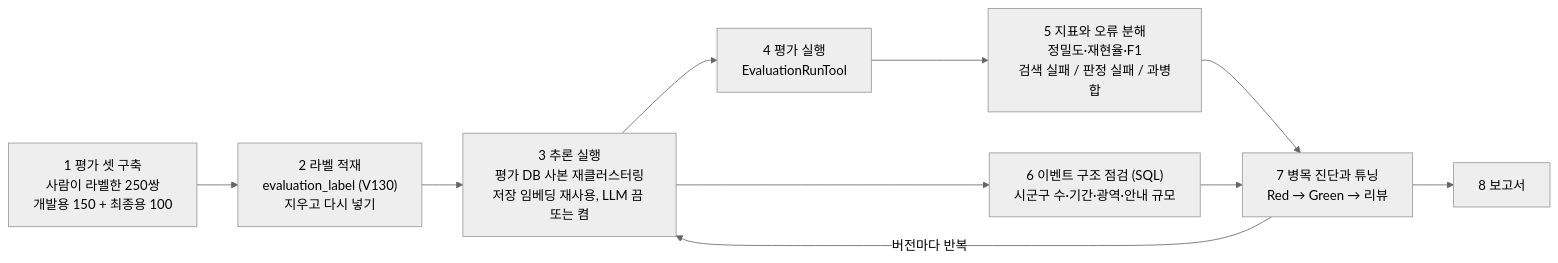
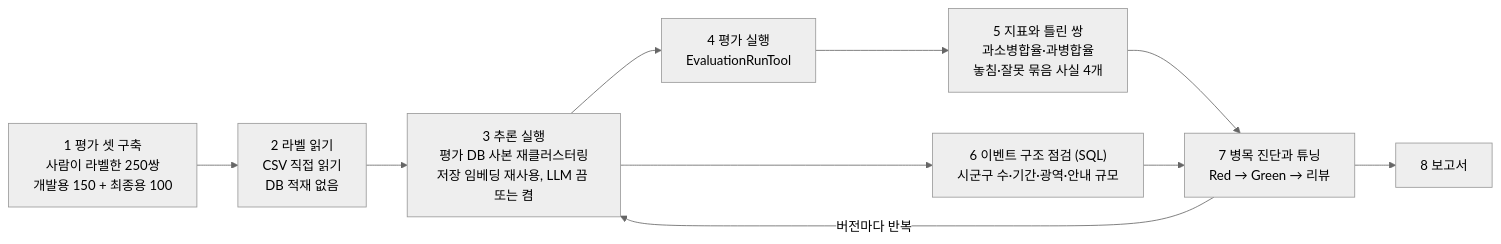
Before and after one commit to lshlsh3690/disaster-alert-archive: the diagram in docs/images/clustering-eval/src/verification-pipeline.mmd, drawn with Mermaid (neutral theme). The commit also changed 3 other files, not shown here.

```diff
--- a/docs/images/clustering-eval/src/verification-pipeline.mmd
+++ b/docs/images/clustering-eval/src/verification-pipeline.mmd
@@ -1,10 +1,10 @@
 flowchart LR
-    S1["1 평가 셋 구축<br/>사람이 라벨한 250쌍<br/>개발용 150 + 최종용 100"] --> S2["2 라벨 적재<br/>evaluation_label (V130)<br/>지우고 다시 넣기"]
+    S1["1 평가 셋 구축<br/>사람이 라벨한 250쌍<br/>개발용 150 + 최종용 100"] --> S2["2 라벨 읽기<br/>CSV 직접 읽기<br/>DB 적재 없음"]
     S2 --> S3["3 추론 실행<br/>평가 DB 사본 재클러스터링<br/>저장 임베딩 재사용, LLM 끔 또는 켬"]
     S3 --> S4["4 평가 실행<br/>EvaluationRunTool"]
-    S4 --> S5["5 지표와 오류 분해<br/>정밀도·재현율·F1<br/>검색 실패 / 판정 실패 / 과병합"]
+    S4 --> S5["5 지표와 틀린 쌍<br/>과소병합율·과병합율<br/>놓침·잘못 묶음 사실 4개"]
     S3 --> S6["6 이벤트 구조 점검 (SQL)<br/>시군구 수·기간·광역·안내 규모"]
     S5 --> S7["7 병목 진단과 튜닝<br/>Red → Green → 리뷰"]
     S6 --> S7
     S7 -->|"버전마다 반복"| S3
     S7 --> S8["8 보고서"]
```
